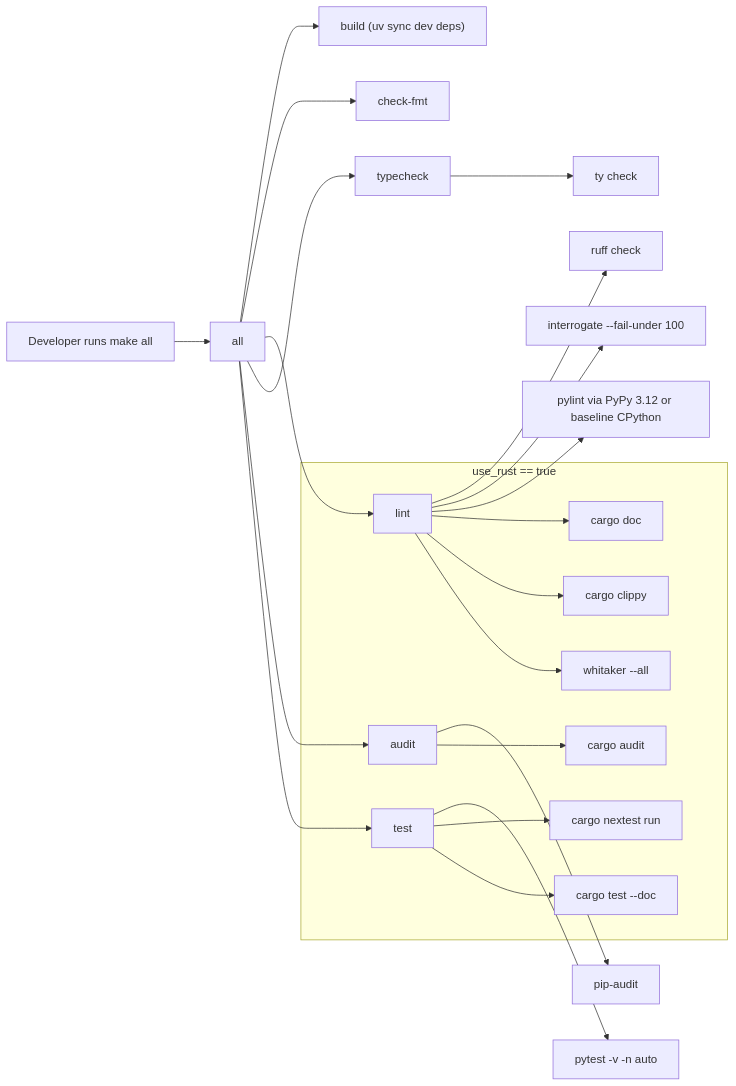
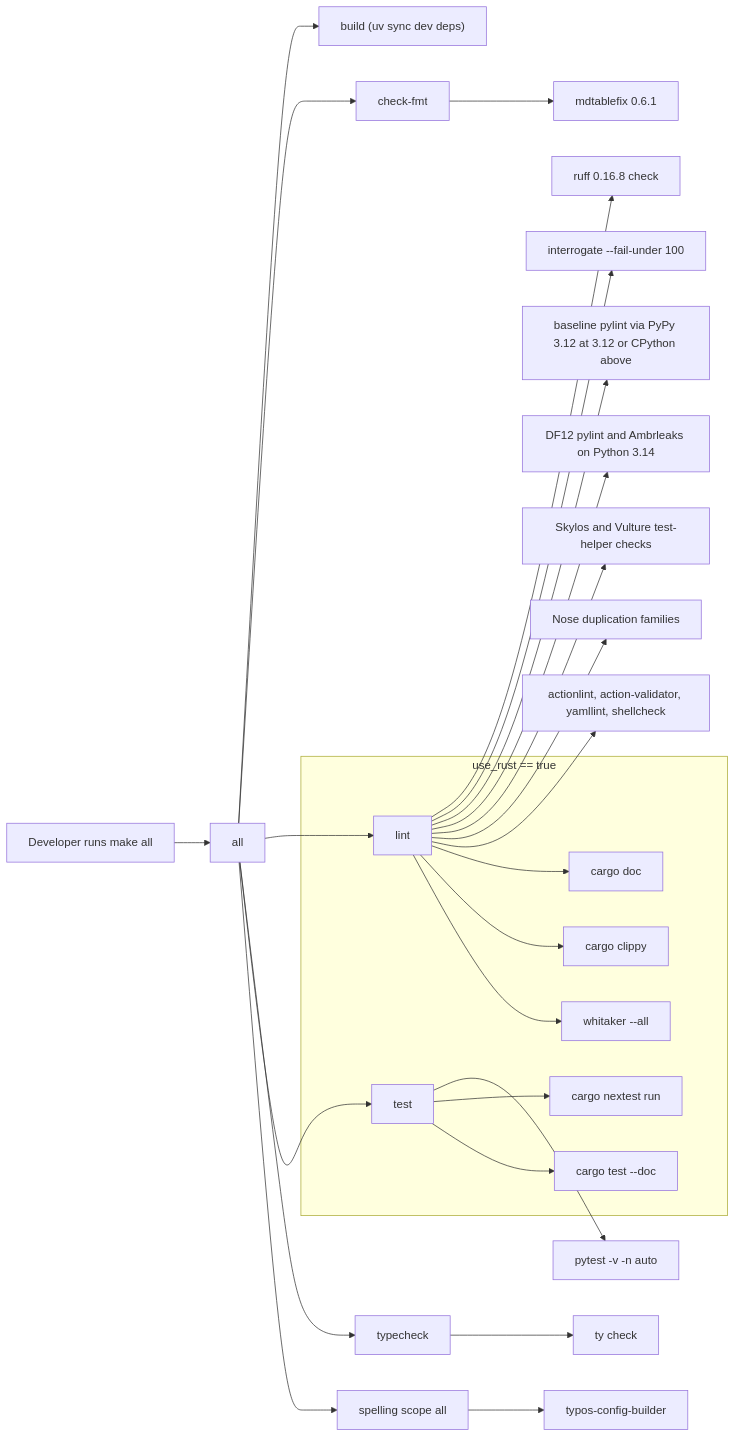
One commit to leynos/agent-template-python changed the diagram in README.md. Above: the diagram before and after it, drawn with Mermaid. The commit also changed other lines of this file and 55 other files, not shown here.

First line of the commit message:
Update Python lint standards and require Python 3.12 (#96)

````diff
--- a/README.md
+++ b/README.md
@@ -49,26 +59,30 @@
 ```mermaid
 flowchart LR
     Dev[Developer runs make all] --> All[all]
     All --> Build["build (uv sync dev deps)"]
     All --> CheckFmt[check-fmt]
     All --> Lint[lint]
     All --> Typecheck[typecheck]
-    All --> Audit[audit]
     All --> Test[test]
+    All --> Spelling[spelling]
 
-    Lint --> RuffCheck[ruff check]
+    Lint --> RuffCheck[ruff 0.16.8 check]
     Lint --> Interrogate[interrogate --fail-under 100]
-    Lint --> PylintPyPy[pylint via PyPy 3.12 or baseline CPython]
+    Lint --> PylintPyPy[baseline pylint via PyPy 3.12 at 3.12 or CPython above]
+    Lint --> DF12[DF12 pylint and Ambrleaks on Python 3.14]
+    Lint --> DeadCode[Skylos and Vulture test-helper checks]
+    Lint --> Duplication[Nose duplication families]
+    Lint --> Actions[actionlint, action-validator, yamllint, shellcheck]
     Typecheck --> TyCheck[ty check]
-    Audit --> PipAudit[pip-audit]
+    Spelling[spelling scope all] --> Typos[typos-config-builder]
+    CheckFmt --> Mdtablefix[mdtablefix 0.6.1]
     Test --> Pytest[pytest -v -n auto]
 
     subgraph Rust_extension_enabled[use_rust == true]
         Lint --> RustDoc[cargo doc]
         Lint --> Clippy[cargo clippy]
         Lint --> Whitaker[whitaker --all]
-        Audit --> CargoAudit[cargo audit]
         Test --> Nextest[cargo nextest run]
         Test --> RustDocTests[cargo test --doc]
     end
 ```
````
